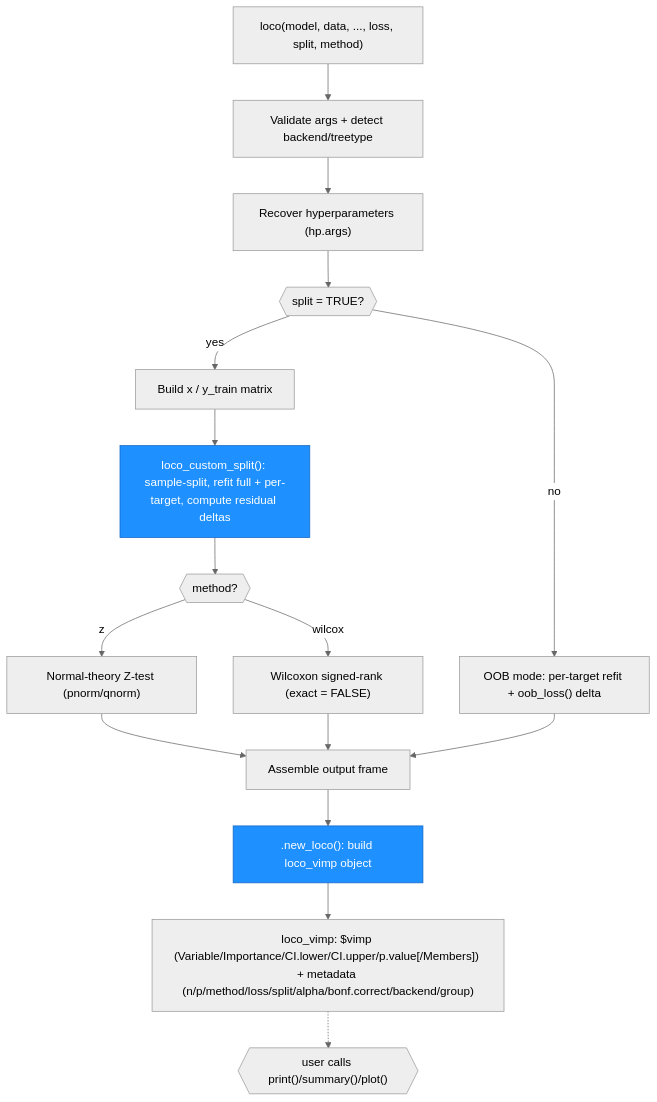
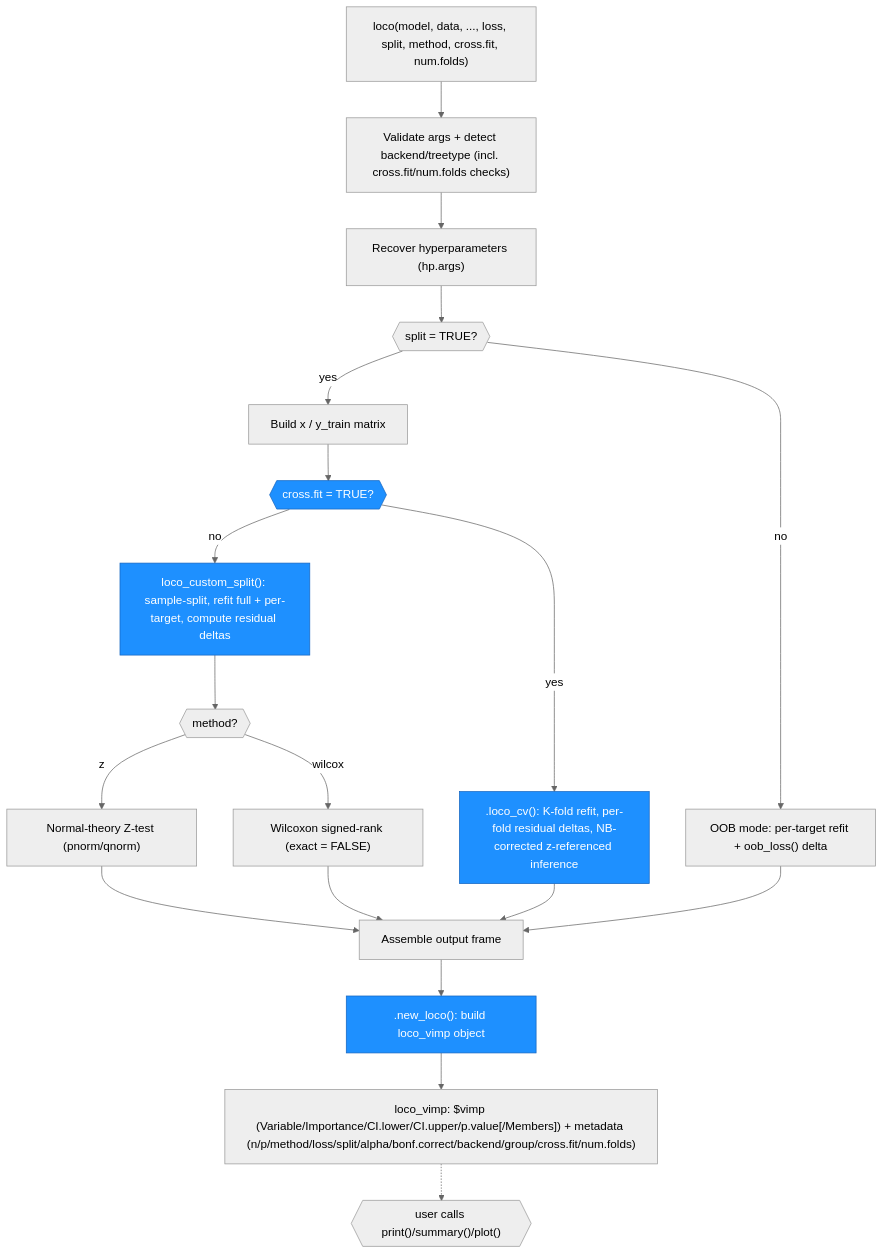
The third of 3 diagrams in ARCHITECTURE.md (CetiAlphaFive/UtopiaPlanitia), drawn with Mermaid before and after one commit. The commit also changed other lines of this file and 2 other files, not shown here.

First line of the commit message:
scriber: document opt-in K-fold cross-fit LOCO (NEWS/CLAUDE/ARCHITECTURE)

````diff
--- a/ARCHITECTURE.md
+++ b/ARCHITECTURE.md
@@ -228,22 +295,27 @@
 ```mermaid
 %%{init: {'theme': 'neutral'}}%%
 graph TD
-    Input["loco(model, data, ..., loss, split, method)"] --> Validate["Validate args + detect backend/treetype"]
+    Input["loco(model, data, ..., loss, split, method, cross.fit, num.folds)"] --> Validate["Validate args + detect backend/treetype (incl. cross.fit/num.folds checks)"]
     Validate --> Recover["Recover hyperparameters (hp.args)"]
     Recover --> Mode{{"split = TRUE?"}}
     Mode -- yes --> BuildXY["Build x / y_train matrix"]
-    BuildXY --> CustomSplit["loco_custom_split(): sample-split, refit full + per-target, compute residual deltas"]
+    BuildXY --> CFDecision{{"cross.fit = TRUE?"}}
+    CFDecision -- no --> CustomSplit["loco_custom_split(): sample-split, refit full + per-target, compute residual deltas"]
+    CFDecision -- yes --> CrossFitCV[".loco_cv(): K-fold refit, per-fold residual deltas, NB-corrected z-referenced inference"]
     CustomSplit --> InfMethod{{"method?"}}
     InfMethod -- z --> ZTest["Normal-theory Z-test (pnorm/qnorm)"]
     InfMethod -- wilcox --> WilcoxTest["Wilcoxon signed-rank (exact = FALSE)"]
     ZTest --> Assemble["Assemble output frame"]
     WilcoxTest --> Assemble
+    CrossFitCV --> Assemble
     Mode -- no --> OOBLoop["OOB mode: per-target refit + oob_loss() delta"]
     OOBLoop --> Assemble
     Assemble --> NewLoco[".new_loco(): build loco_vimp object"]
-    NewLoco --> Output["loco_vimp: $vimp (Variable/Importance/CI.lower/CI.upper/p.value[/Members]) + metadata (n/p/method/loss/split/alpha/bonf.correct/backend/group)"]
+    NewLoco --> Output["loco_vimp: $vimp (Variable/Importance/CI.lower/CI.upper/p.value[/Members]) + metadata (n/p/method/loss/split/alpha/bonf.correct/backend/group/cross.fit/num.folds)"]
     Output -.-> Dispatch{{"user calls print()/summary()/plot()"}}
 
     style CustomSplit fill:#1e90ff,stroke:#1565c0,color:#fff
     style NewLoco fill:#1e90ff,stroke:#1565c0,color:#fff
+    style CFDecision fill:#1e90ff,stroke:#1565c0,color:#fff
+    style CrossFitCV fill:#1e90ff,stroke:#1565c0,color:#fff
 ```
````
